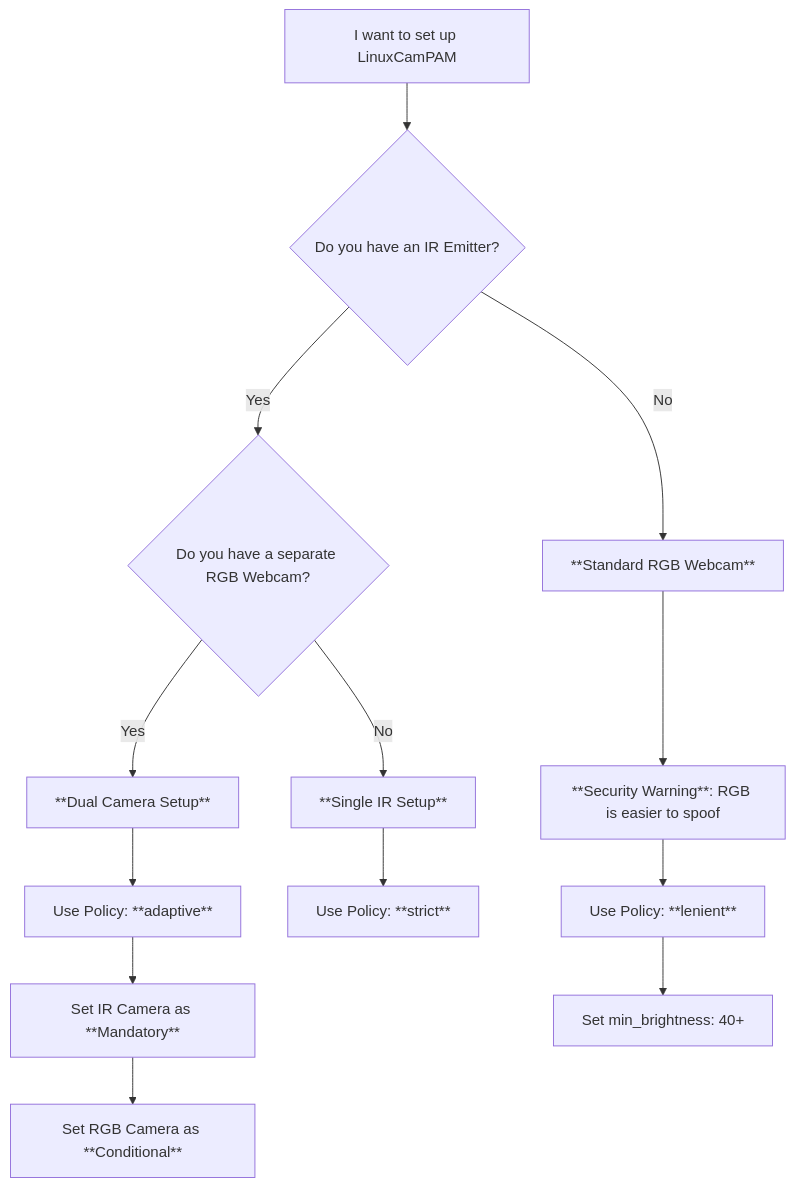
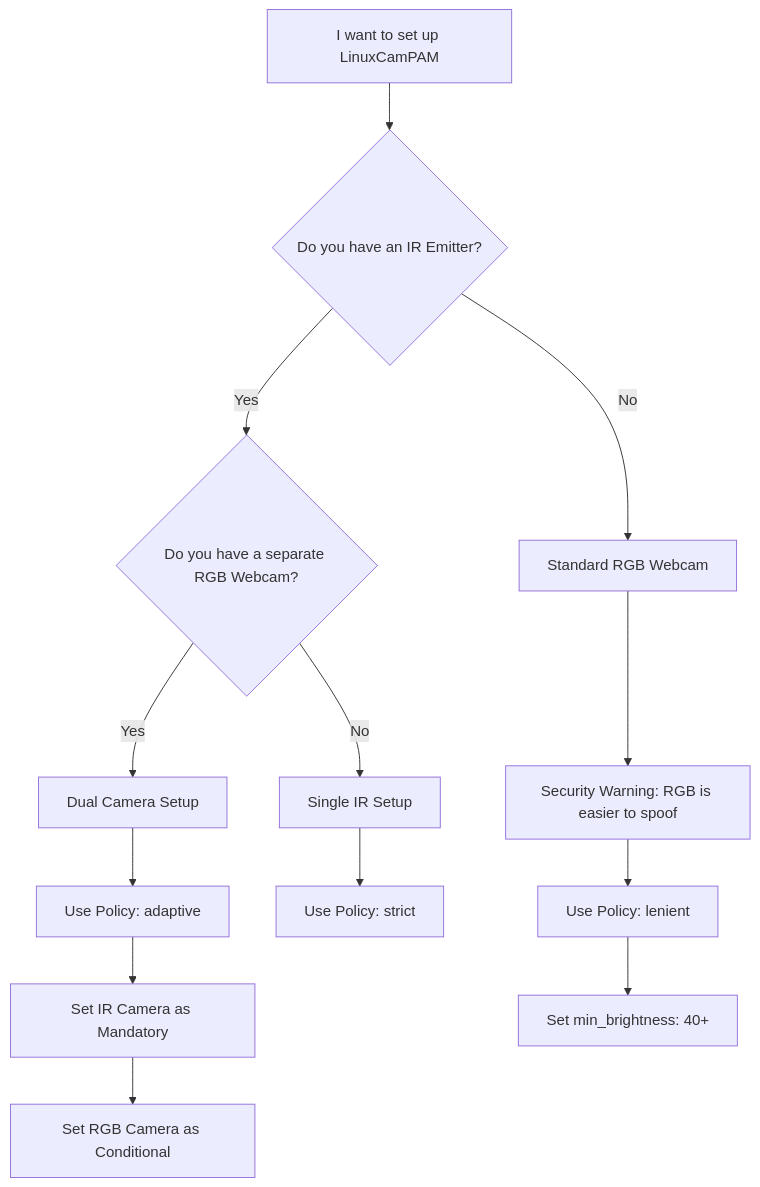
Before and after one commit to Vladush/LinuxCamPAM: the second of 4 diagrams in docs/USER_FLOWS.md, drawn with Mermaid. The commit also changed other lines of this file, not shown here.

Commit message:
Fix all Mermaid diagram parsing errors for GitHub rendering

````diff
--- a/docs/USER_FLOWS.md
+++ b/docs/USER_FLOWS.md
@@ -47,18 +47,18 @@
 ```mermaid
 graph TD
-    Start[I want to set up LinuxCamPAM] --> Q1{Do you have an IR Emitter?}
+    Start["I want to set up LinuxCamPAM"] --> Q1{"Do you have an IR Emitter?"}
     
-    Q1 -- Yes --> Q2{Do you have a separate RGB Webcam?}
-    Q2 -- Yes --> Dual[**Dual Camera Setup**]
-    Dual --> C1[Use Policy: **adaptive**]
-    C1 --> C2[Set IR Camera as **Mandatory**]
-    C2 --> C3[Set RGB Camera as **Conditional**]
+    Q1 -->|Yes| Q2{"Do you have a separate RGB Webcam?"}
+    Q2 -->|Yes| Dual["Dual Camera Setup"]
+    Dual --> C1["Use Policy: adaptive"]
+    C1 --> C2["Set IR Camera as Mandatory"]
+    C2 --> C3["Set RGB Camera as Conditional"]
     
-    Q2 -- No --> SingleIR[**Single IR Setup**]
-    SingleIR --> C4[Use Policy: **strict**]
+    Q2 -->|No| SingleIR["Single IR Setup"]
+    SingleIR --> C4["Use Policy: strict"]
     
-    Q1 -- No --> RGB[**Standard RGB Webcam**]
-    RGB --> Warn[**Security Warning**: RGB is easier to spoof]
-    Warn --> C5[Use Policy: **lenient**]
-    C5 --> C6[Set min_brightness: 40+]
+    Q1 -->|No| RGB["Standard RGB Webcam"]
+    RGB --> Warn["Security Warning: RGB is easier to spoof"]
+    Warn --> C5["Use Policy: lenient"]
+    C5 --> C6["Set min_brightness: 40+"]
 ```
````
